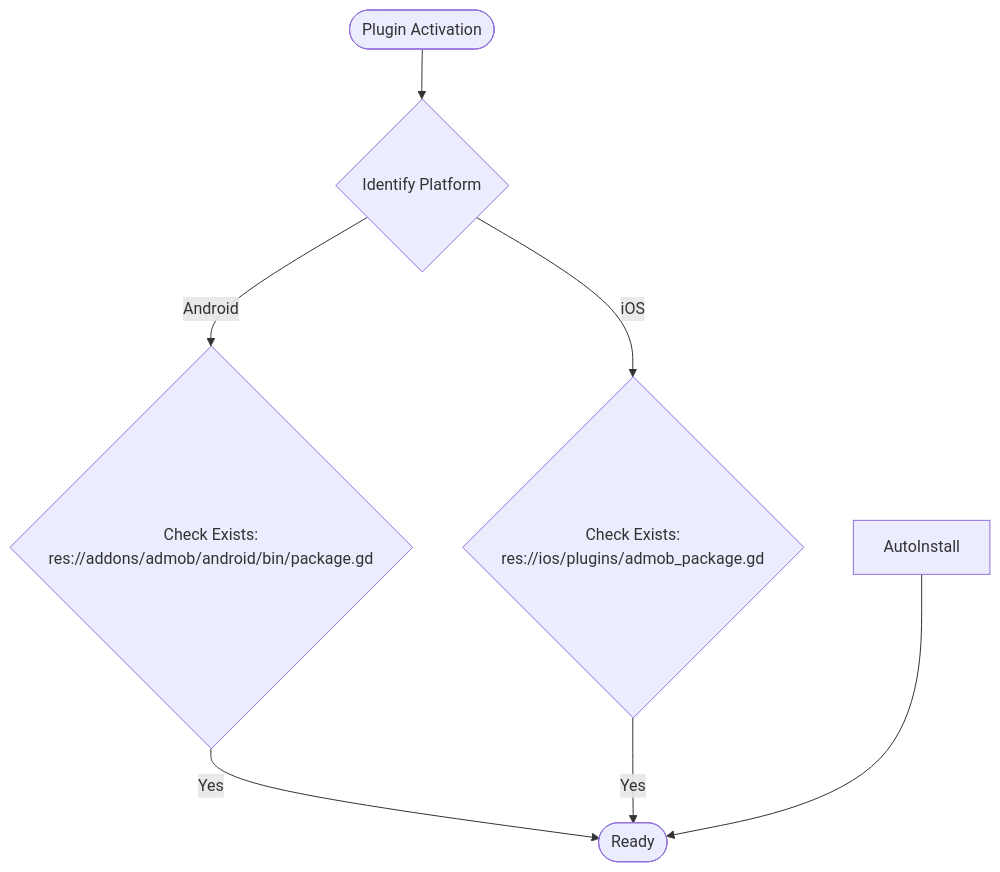
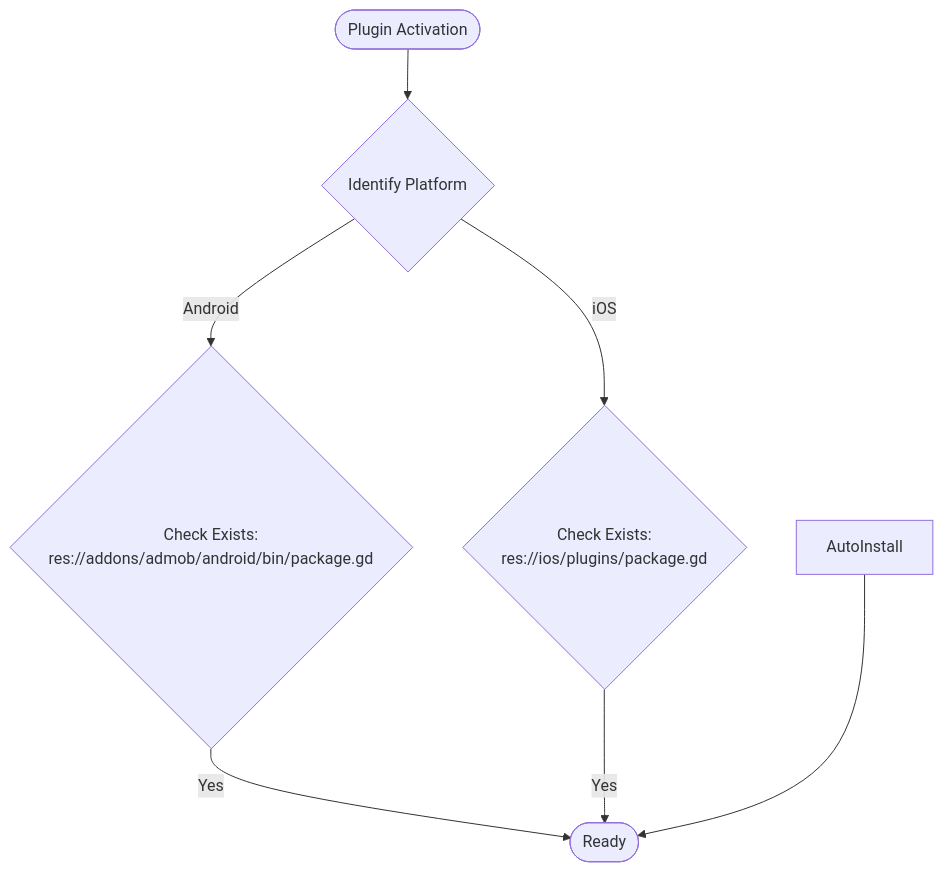
The diagram in platforms/godot_editor/addons/admob/docs/architecture/lifecycle.md (poingstudios/godot-admob-plugin), drawn with Mermaid before and after one commit. The commit also changed other lines of this file and 5 other files, not shown here.

````diff
--- a/platforms/godot_editor/addons/admob/docs/architecture/lifecycle.md
+++ b/platforms/godot_editor/addons/admob/docs/architecture/lifecycle.md
@@ -27,13 +27,13 @@
 ```mermaid
 graph TD
 	Start([Plugin Activation]) --> IdentifyPlatform{Identify Platform}
 
 	IdentifyPlatform -- Android --> CheckAndroid{Check Exists:<br/>res://addons/admob/android/bin/package.gd}
-	IdentifyPlatform -- iOS --> CheckIOS{Check Exists:<br/>res://ios/plugins/admob_package.gd}
+	IdentifyPlatform -- iOS --> CheckIOS{Check Exists:<br/>res://ios/plugins/package.gd}
 
 	CheckAndroid -- Yes --> Ready([Ready])
 	CheckIOS -- Yes --> Ready
 
 
 	AutoInstall --> Ready
 ```
````
